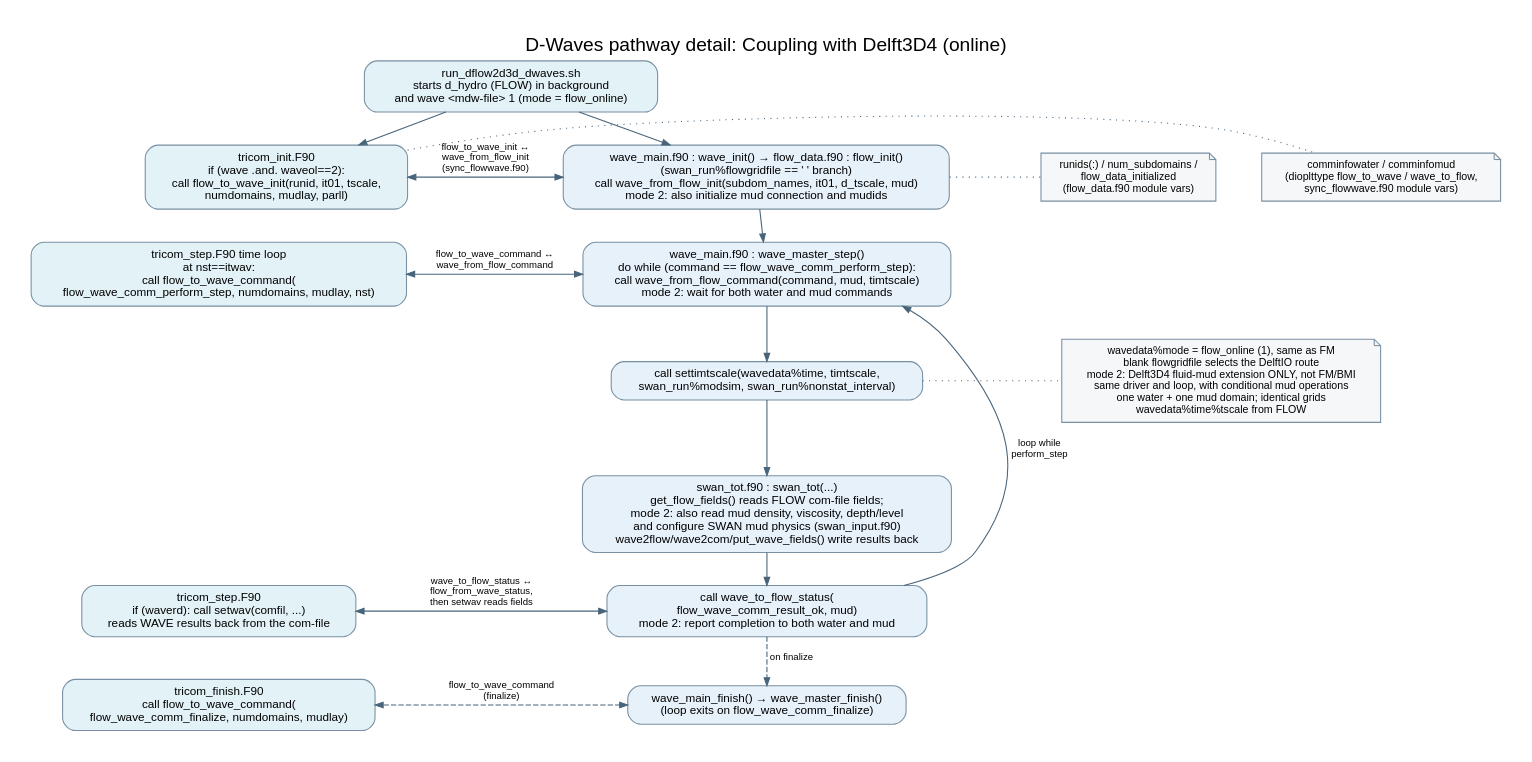
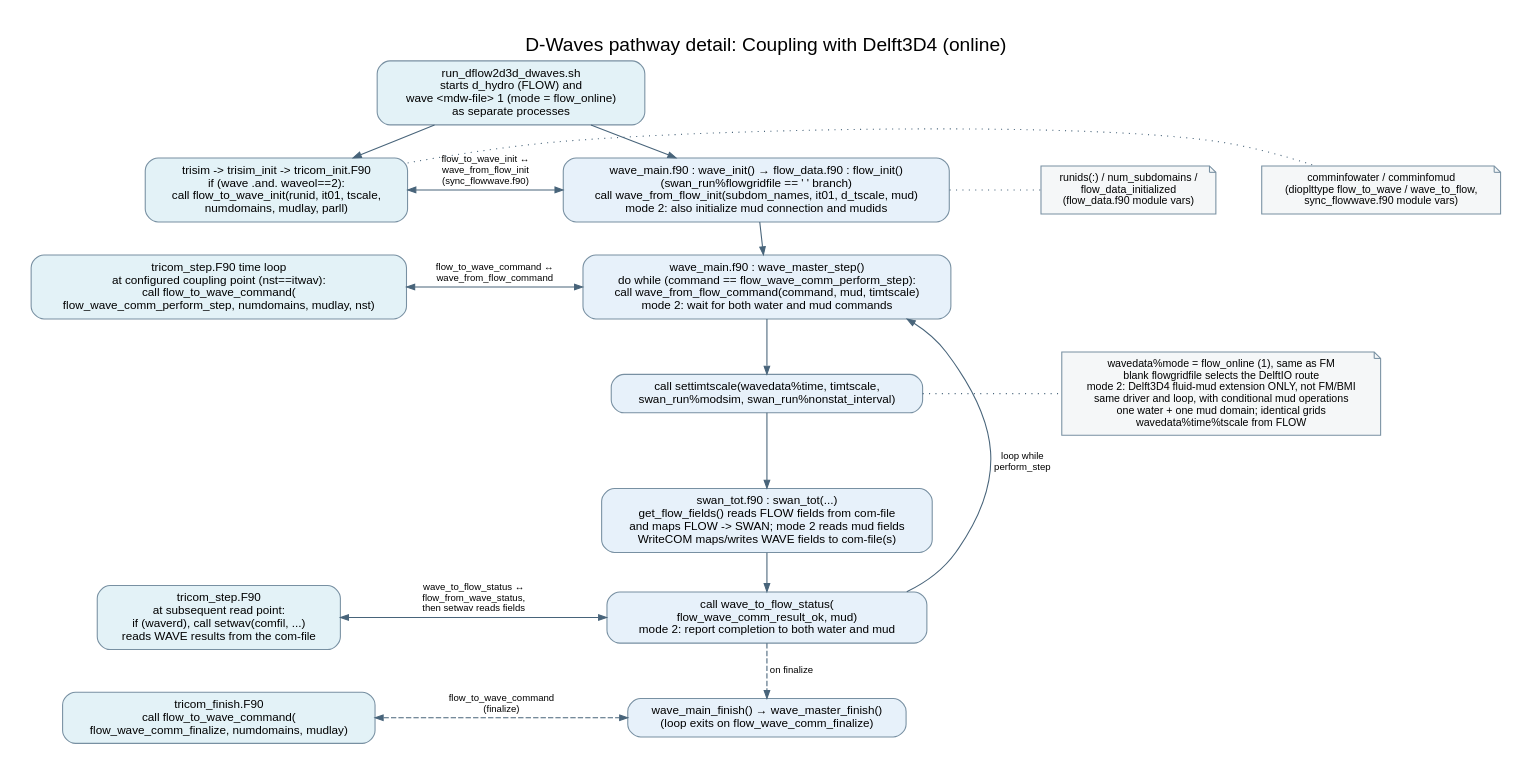
The diagram in src/engines_gpl/wave/docs/include/dwaves_pathway_delft3d4_detailed.dot (Deltares/Delft3D), drawn with Graphviz before and after one commit. The commit also changed 9 other files, not shown here.

```diff
--- a/src/engines_gpl/wave/docs/include/dwaves_pathway_delft3d4_detailed.dot
+++ b/src/engines_gpl/wave/docs/include/dwaves_pathway_delft3d4_detailed.dot
@@ -1,76 +1,76 @@
 digraph dwaves_pathway_delft3d4 {
     graph [
         label="D-Waves pathway detail: Coupling with Delft3D4 (online)",
         labelloc=t,
         fontsize=18,
         fontname="Helvetica",
         rankdir=TB,
         nodesep=0.6,
         ranksep=0.4,
         pad=0.3,
         bgcolor="white"
     ];
     node [fontname="Helvetica", fontsize=11, margin="0.15,0.09"];
     edge [fontname="Helvetica", fontsize=9, color="#48647A", arrowsize=0.75];
 
     launch [shape=box, style="rounded,filled", fillcolor="#E3F2F7", color="#7890A2",
-            label="run_dflow2d3d_dwaves.sh\nstarts d_hydro (FLOW) in background\nand wave <mdw-file> 1 (mode = flow_online)"];
+            label="run_dflow2d3d_dwaves.sh\nstarts d_hydro (FLOW) and\nwave <mdw-file> 1 (mode = flow_online)\nas separate processes"];
 
     subgraph cluster_flow {
         label="FLOW process (flow2d3d)";
         color="#3B82A0";
         style="rounded";
         node [shape=box, style="rounded,filled", fillcolor="#E3F2F7", color="#7890A2"];
-        tricom_init   [label="tricom_init.F90\nif (wave .and. waveol==2):\ncall flow_to_wave_init(runid, it01, tscale,\nnumdomains, mudlay, parll)"];
-        tricom_step   [label="tricom_step.F90 time loop\nat nst==itwav:\ncall flow_to_wave_command(\nflow_wave_comm_perform_step, numdomains, mudlay, nst)"];
+        tricom_init   [label="trisim -> trisim_init -> tricom_init.F90\nif (wave .and. waveol==2):\ncall flow_to_wave_init(runid, it01, tscale,\nnumdomains, mudlay, parll)"];
+        tricom_step   [label="tricom_step.F90 time loop\nat configured coupling point (nst==itwav):\ncall flow_to_wave_command(\nflow_wave_comm_perform_step, numdomains, mudlay, nst)"];
         spacer1 [shape=point, style=invis, width=0.01];
         spacer2 [shape=point, style=invis, width=0.01];
-        tricom_read   [label="tricom_step.F90\nif (waverd): call setwav(comfil, ...)\nreads WAVE results back from the com-file"];
+        tricom_read   [label="tricom_step.F90\nat subsequent read point:\nif (waverd), call setwav(comfil, ...)\nreads WAVE results from the com-file"];
         tricom_finish [label="tricom_finish.F90\ncall flow_to_wave_command(\nflow_wave_comm_finalize, numdomains, mudlay)"];
         tricom_init -> tricom_step [style=invis];
         tricom_step -> spacer1 -> spacer2 -> tricom_read [style=invis];
         tricom_read -> tricom_finish [style=invis];
     }
 
     subgraph cluster_wave {
         label="WAVE process (D-Waves)";
         color="#3B82A0";
         style="rounded";
         node [shape=box, style="rounded,filled", fillcolor="#E7F1FA", color="#7890A2"];
         wave_init_call [label="wave_main.f90 : wave_init() → flow_data.f90 : flow_init()\n(swan_run%flowgridfile == ' ' branch)\ncall wave_from_flow_init(subdom_names, it01, d_tscale, mud)\nmode 2: also initialize mud connection and mudids"];
         master_step [label="wave_main.f90 : wave_master_step()\ndo while (command == flow_wave_comm_perform_step):\ncall wave_from_flow_command(command, mud, timtscale)\nmode 2: wait for both water and mud commands"];
         settime [label="call settimtscale(wavedata%time, timtscale,\nswan_run%modsim, swan_run%nonstat_interval)"];
-        swan_tot [label="swan_tot.f90 : swan_tot(...)\nget_flow_fields() reads FLOW com-file fields;\nmode 2: also read mud density, viscosity, depth/level\nand configure SWAN mud physics (swan_input.f90)\nwave2flow/wave2com/put_wave_fields() write results back"];
+        swan_tot [label="swan_tot.f90 : swan_tot(...)\nget_flow_fields() reads FLOW fields from com-file\nand maps FLOW -> SWAN; mode 2 reads mud fields\nWriteCOM maps/writes WAVE fields to com-file(s)"];
         status [label="call wave_to_flow_status(\nflow_wave_comm_result_ok, mud)\nmode 2: report completion to both water and mud"];
         wave_finish [label="wave_main_finish() → wave_master_finish()\n(loop exits on flow_wave_comm_finalize)"];
         wave_init_call -> master_step -> settime -> swan_tot -> status;
         status -> master_step [label="loop while\nperform_step", constraint=false];
         status -> wave_finish [style=dashed, label="on finalize"];
     }
 
     launch -> tricom_init;
     launch -> wave_init_call;
 
     { rank=same; tricom_init; wave_init_call; }
     { rank=same; tricom_step; master_step; }
     { rank=same; spacer1; settime; }
     { rank=same; spacer2; swan_tot; }
     { rank=same; tricom_read; status; }
     { rank=same; tricom_finish; wave_finish; }
 
     tricom_init -> wave_init_call [dir=both, label="flow_to_wave_init ↔\nwave_from_flow_init\n(sync_flowwave.f90)", constraint=false];
     tricom_step -> master_step [dir=both, label="flow_to_wave_command ↔\nwave_from_flow_command", constraint=false];
     status -> tricom_read [dir=both, label="wave_to_flow_status ↔\nflow_from_wave_status,\nthen setwav reads fields", constraint=false];
     tricom_finish -> wave_finish [dir=both, style=dashed, label="flow_to_wave_command\n(finalize)", constraint=false];
 
     node [shape=note, style=filled, fillcolor="#F5F7F8", color="#7890A2", fontsize=10];
     st_comminfo [label="comminfowater / comminfomud\n(dioplttype flow_to_wave / wave_to_flow,\nsync_flowwave.f90 module vars)"];
     st_runids [label="runids(:) / num_subdomains /\nflow_data_initialized\n(flow_data.f90 module vars)"];
     st_mode [label="wavedata%mode = flow_online (1), same as FM\nblank flowgridfile selects the DelftIO route\nmode 2: Delft3D4 fluid-mud extension ONLY, not FM/BMI\nsame driver and loop, with conditional mud operations\none water + one mud domain; identical grids\nwavedata%time%tscale from FLOW"];
 
     { rank=same; tricom_init; wave_init_call; st_comminfo; st_runids; }
     { rank=same; spacer1; settime; st_mode; }
     tricom_init -> st_comminfo [style=dotted, arrowhead=none, constraint=false];
     wave_init_call -> st_runids [style=dotted, arrowhead=none, constraint=false];
     settime -> st_mode [style=dotted, arrowhead=none, constraint=false];
 }
```
